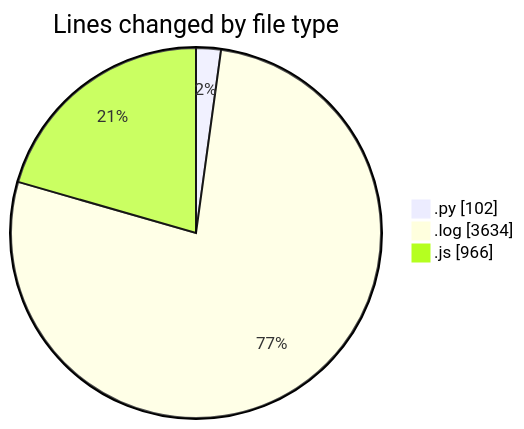
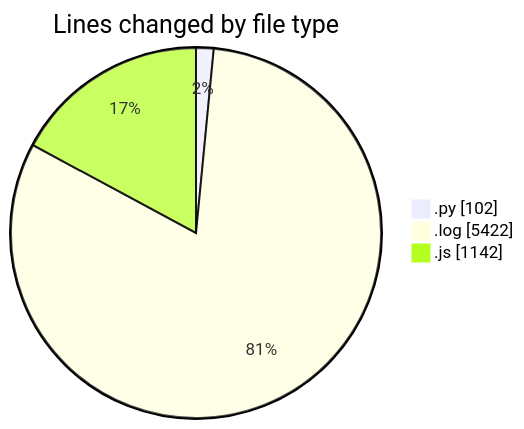
The first of 2 diagrams in 2025-04-19/nxtqube_webapp/README.md (nxtqubesakshisongat/code-tracking), drawn with Mermaid before and after one commit. The commit also changed other lines of this file and 1 other file, not shown here.

````diff
--- a/2025-04-19/nxtqube_webapp/README.md
+++ b/2025-04-19/nxtqube_webapp/README.md
@@ -23,7 +24,7 @@
 ```mermaid
 pie showData
 title Lines changed by file type
 ".py" : 102
-".log" : 3634
-".js" : 966
+".log" : 5422
+".js" : 1142
 ```
````
